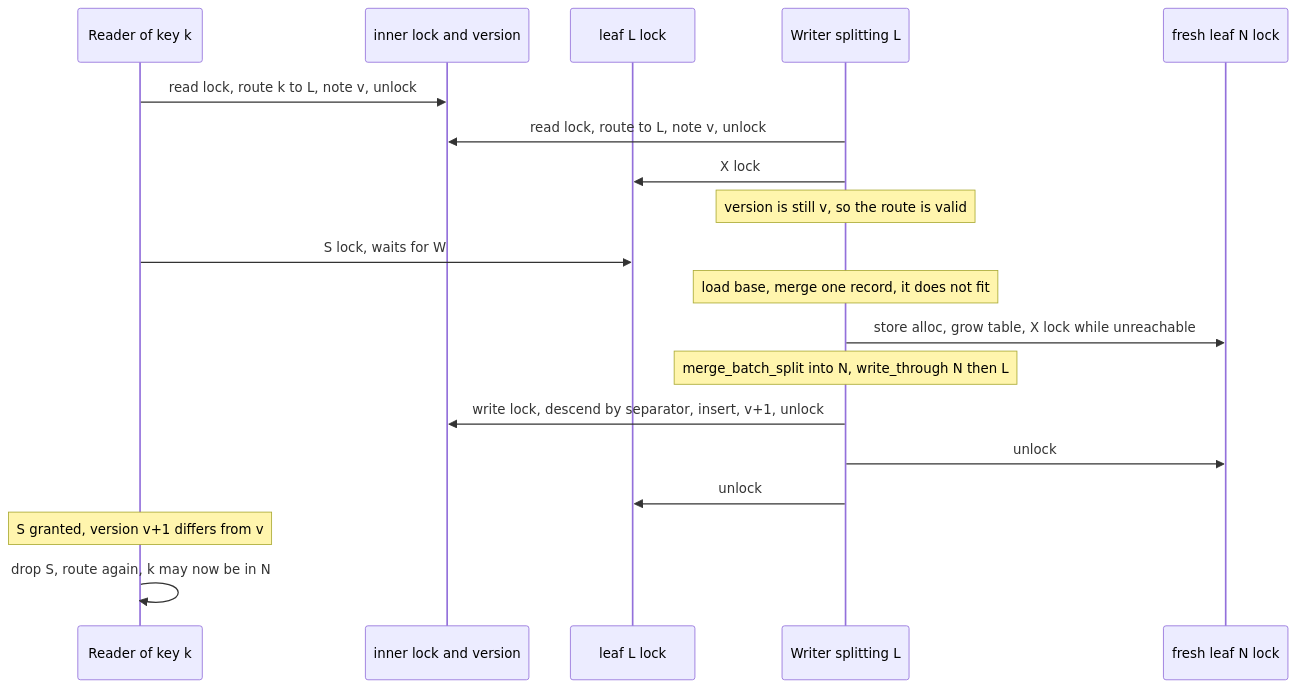
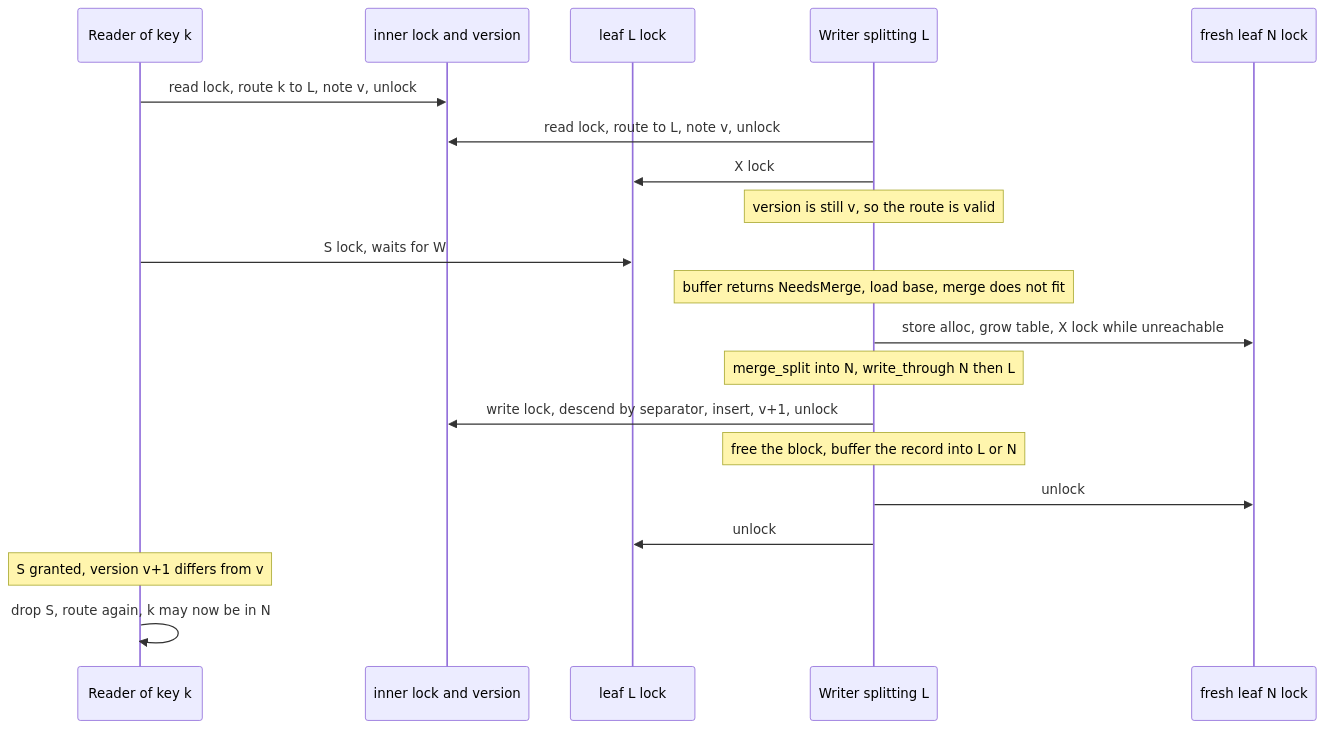
The third of 3 diagrams in docs/design/bf-tree-concurrency.md (raydatray/peppydb), drawn with Mermaid before and after one commit. The commit also changed other lines of this file and 9 other files, not shown here.

````diff
--- a/docs/design/bf-tree-concurrency.md
+++ b/docs/design/bf-tree-concurrency.md
@@ -116,21 +133,22 @@
 ```mermaid
 sequenceDiagram
     participant R as Reader of key k
     participant I as inner lock and version
     participant L as leaf L lock
     participant W as Writer splitting L
     participant N as fresh leaf N lock
     R->>I: read lock, route k to L, note v, unlock
     W->>I: read lock, route to L, note v, unlock
     W->>L: X lock
     Note over W: version is still v, so the route is valid
     R->>L: S lock, waits for W
-    Note over W: load base, merge one record, it does not fit
+    Note over W: buffer returns NeedsMerge, load base, merge does not fit
     W->>N: store alloc, grow table, X lock while unreachable
-    Note over W: merge_batch_split into N, write_through N then L
+    Note over W: merge_split into N, write_through N then L
     W->>I: write lock, descend by separator, insert, v+1, unlock
+    Note over W: free the block, buffer the record into L or N
     W->>N: unlock
     W->>L: unlock
     Note over R: S granted, version v+1 differs from v
     R->>R: drop S, route again, k may now be in N
 ```
````
